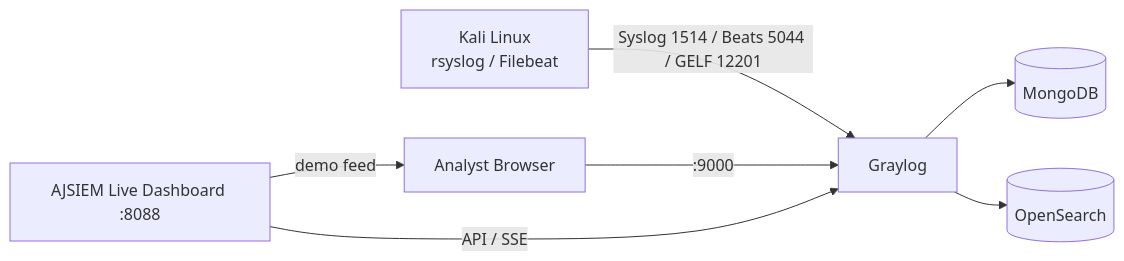
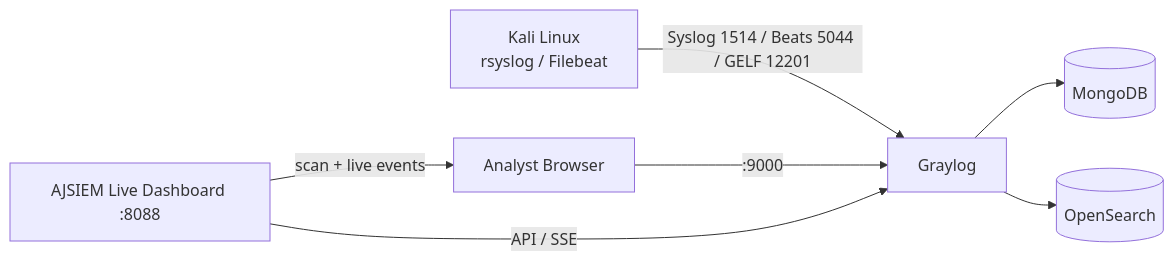
One commit to AJno13th/AJSIEM changed the diagram in README.md. Above: the diagram before and after it, drawn with Mermaid.

Commit message:
Drop leftover demo-feed wording from the architecture diagram.

````diff
--- a/README.md
+++ b/README.md
@@ -22,9 +22,9 @@
 ```mermaid
 flowchart LR
   Kali[Kali Linux<br/>rsyslog / Filebeat] -->|Syslog 1514 / Beats 5044 / GELF 12201| Graylog
   Graylog --> MongoDB[(MongoDB)]
   Graylog --> OpenSearch[(OpenSearch)]
   Analyst[Analyst Browser] -->|:9000| Graylog
   Dashboard[AJSIEM Live Dashboard :8088] -->|API / SSE| Graylog
-  Dashboard -->|demo feed| Analyst
+  Dashboard -->|scan + live events| Analyst
 ```
````
